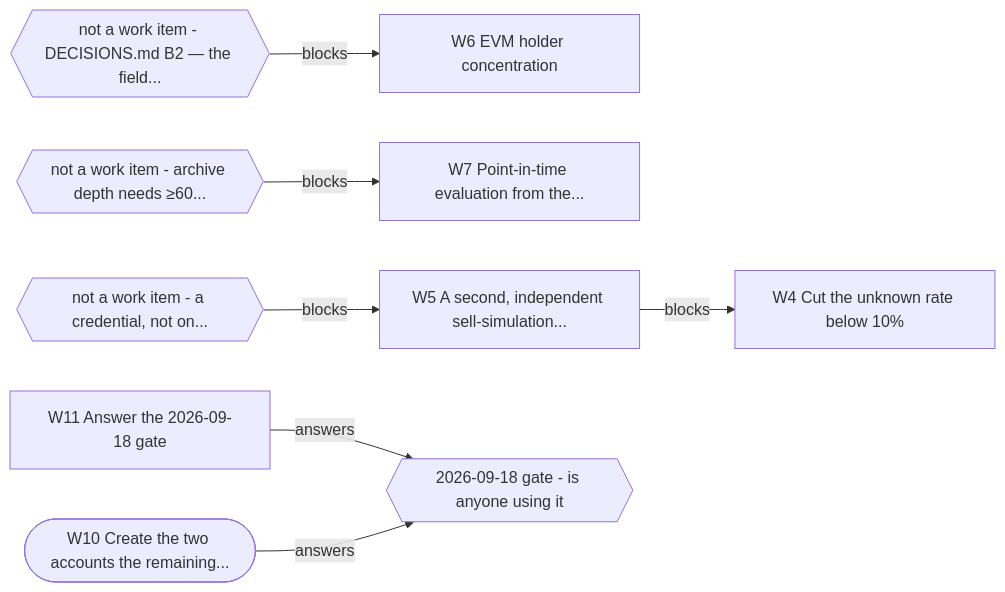
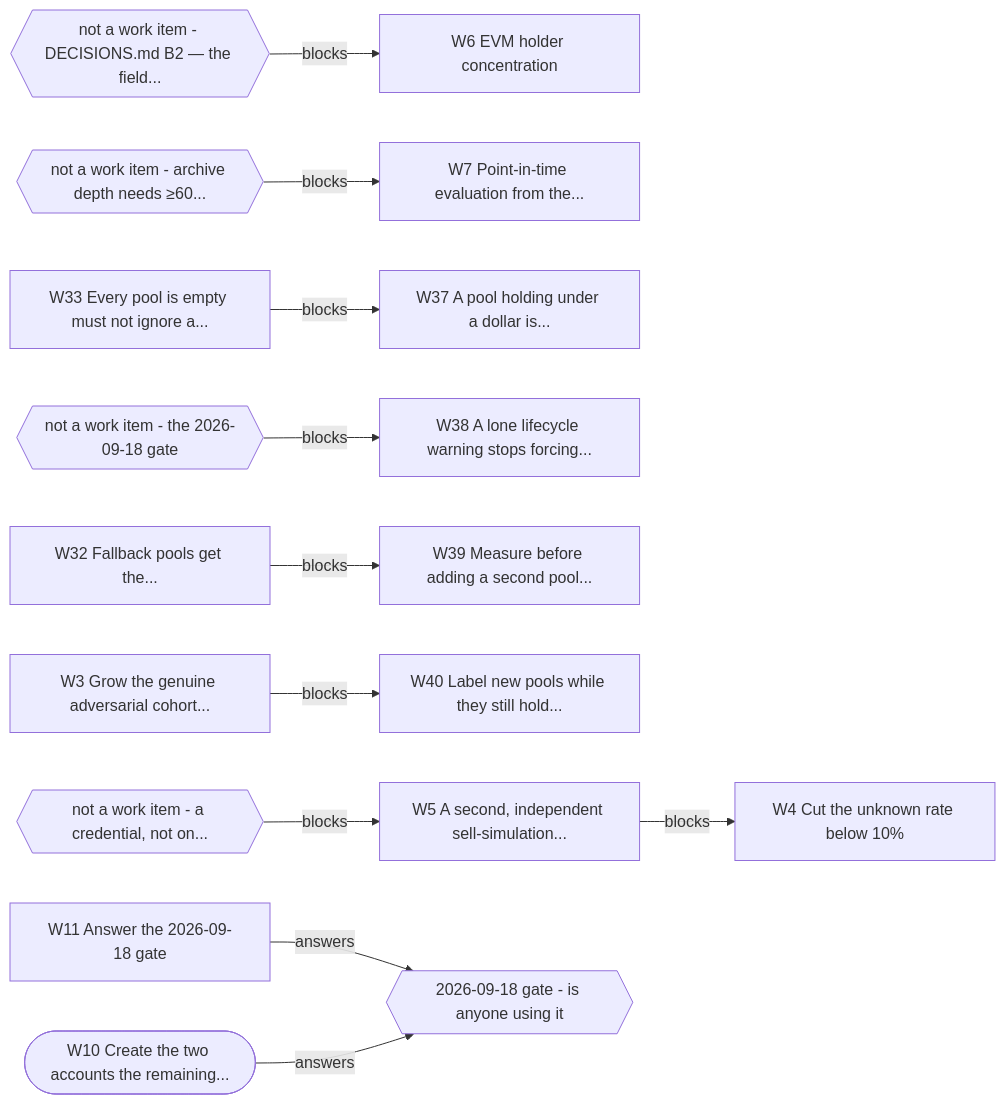
One commit to jakegu1/vetagent changed the second of 2 diagrams in docs/OWNER.md. Above: the diagram before and after it, drawn with Mermaid. The commit also changed other lines of this file and 5 other files, not shown here.

````diff
--- a/docs/OWNER.md
+++ b/docs/OWNER.md
@@ -118,19 +118,31 @@
 ```mermaid
 flowchart LR
+    W3[W3 Grow the genuine adversarial cohort...]
     W4[W4 Cut the unknown rate below 10%]
     W6[W6 EVM holder concentration]
     W7[W7 Point-in-time evaluation from the...]
+    W32[W32 Fallback pools get the...]
+    W33[W33 Every pool is empty must not ignore a...]
+    W37[W37 A pool holding under a dollar is...]
+    W38[W38 A lone lifecycle warning stops forcing...]
+    W39[W39 Measure before adding a second pool...]
+    W40[W40 Label new pools while they still hold...]
     W5[W5 A second, independent sell-simulation...]
     W10([W10 Create the two accounts the remaining...])
     W11[W11 Answer the 2026-09-18 gate]
     E1{{not a work item - DECISIONS.md B2 — the field...}}
     E2{{not a work item - archive depth needs ≥60...}}
-    E3{{not a work item - a credential, not on...}}
+    E3{{not a work item - the 2026-09-18 gate}}
+    E4{{not a work item - a credential, not on...}}
     GATE{{2026-09-18 gate - is anyone using it}}
     W5 -->|blocks| W4
     E1 -->|blocks| W6
     E2 -->|blocks| W7
-    E3 -->|blocks| W5
+    W33 -->|blocks| W37
+    E3 -->|blocks| W38
+    W32 -->|blocks| W39
+    W3 -->|blocks| W40
+    E4 -->|blocks| W5
     W11 -->|answers| GATE
     W10 -->|answers| GATE
 ```
````
